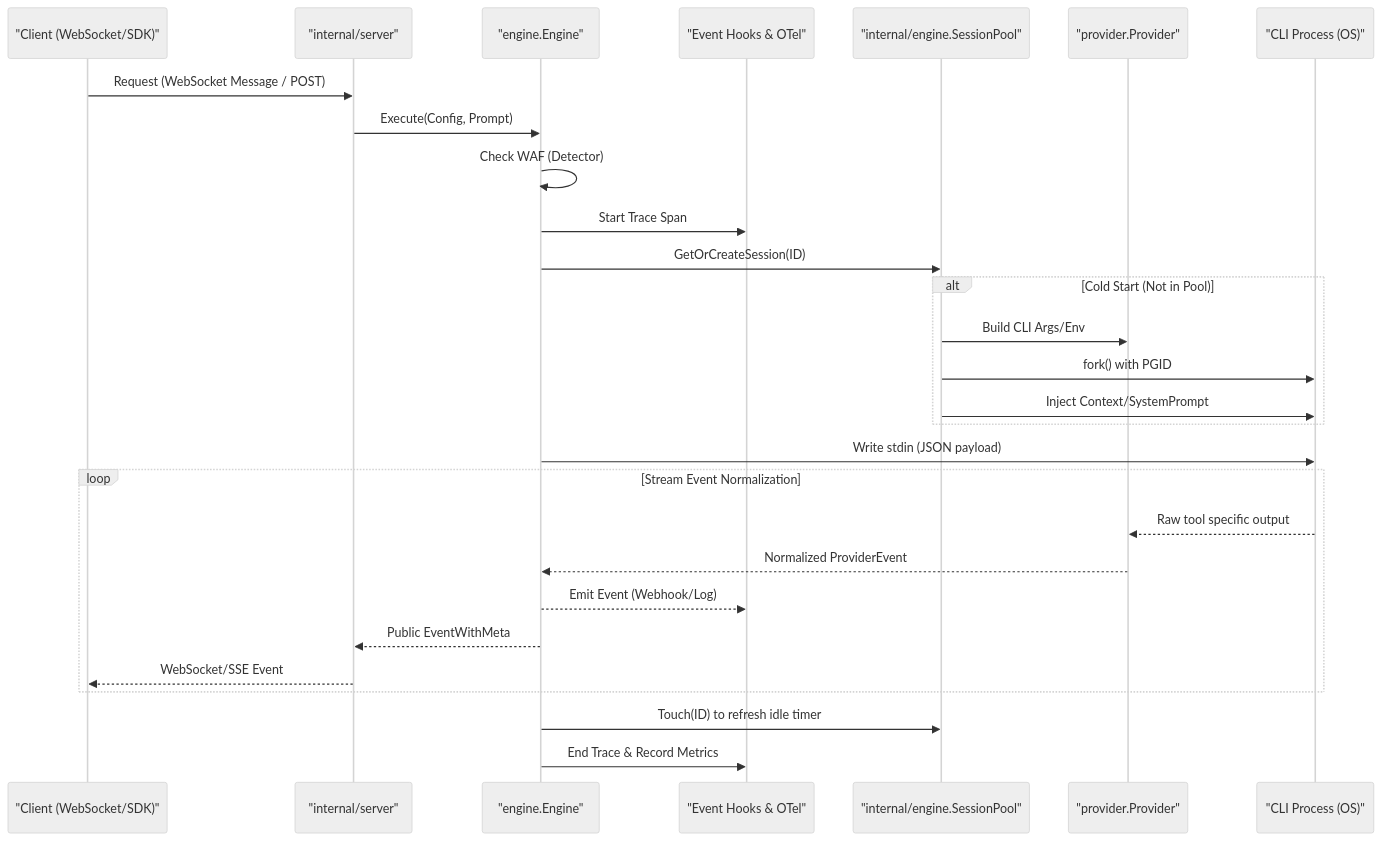
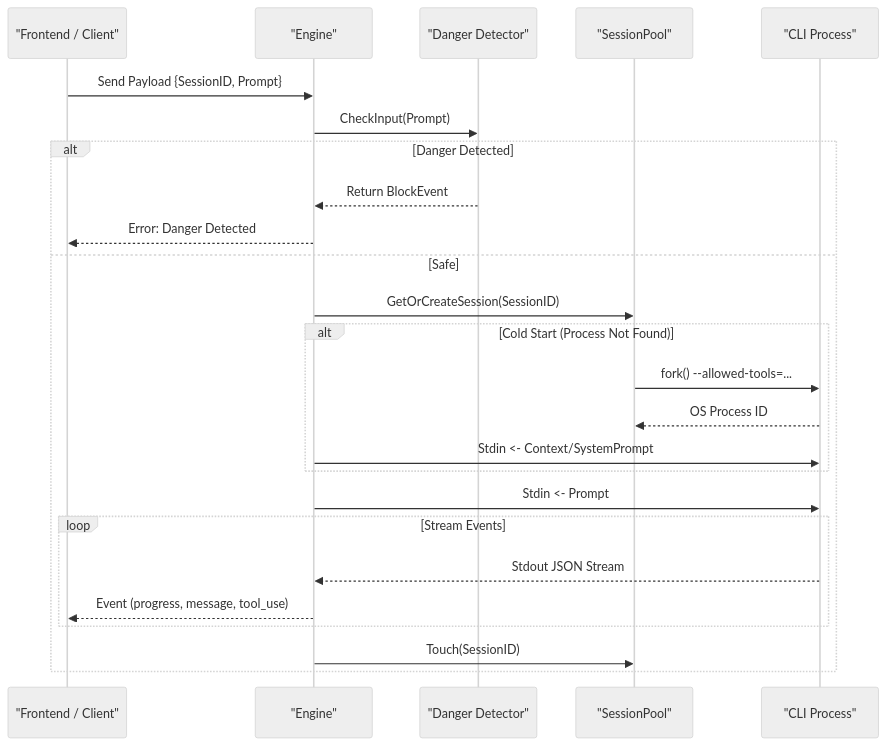
The second of 2 diagrams in docs/architecture.md (miniceM/hotplex), drawn with Mermaid (neutral theme) before and after one commit. The commit also changed other lines of this file and 16 other files, not shown here.

````diff
--- a/docs/architecture.md
+++ b/docs/architecture.md
@@ -62,35 +69,33 @@
 ```mermaid
 sequenceDiagram
-    participant Client as "Client (WebSocket/SDK)"
-    participant Server as "internal/server"
-    participant Engine as "engine.Engine"
-    participant Hooks as "Event Hooks & OTel"
-    participant Pool as "internal/engine.SessionPool"
-    participant Provider as "provider.Provider"
-    participant Proc as "CLI Process (OS)"
+    participant Web as "Frontend / Client"
+    participant Engine as "Engine"
+    participant Detector as "Danger Detector"
+    participant Pool as "SessionPool"
+    participant Proc as "CLI Process"
     
-    Client->>Server: Request (WebSocket Message / POST)
-    Server->>Engine: Execute(Config, Prompt)
-    Engine->>Engine: Check WAF (Detector)
-    Engine->>Hooks: Start Trace Span
-    Engine->>Pool: GetOrCreateSession(ID)
+    Web->>Engine: Send Payload {SessionID, Prompt}
+    Engine->>Detector: CheckInput(Prompt)
     
-    alt Cold Start (Not in Pool)
-        Pool->>Provider: Build CLI Args/Env
-        Pool->>Proc: fork() with PGID
-        Pool->>Proc: Inject Context/SystemPrompt
+    alt Danger Detected
+        Detector-->>Engine: Return BlockEvent
+        Engine-->>Web: Error: Danger Detected
+    else Safe
+        Engine->>Pool: GetOrCreateSession(SessionID)
+        
+        alt Cold Start (Process Not Found)
+            Pool->>Proc: fork() --allowed-tools=...
+            Proc-->>Pool: OS Process ID
+            Engine->>Proc: Stdin <- Context/SystemPrompt
+        end
+        
+        Engine->>Proc: Stdin <- Prompt
+        
+        loop Stream Events
+            Proc-->>Engine: Stdout JSON Stream
+            Engine-->>Web: Event (progress, message, tool_use)
+        end
+        
+        Engine->>Pool: Touch(SessionID)
     end
-    
-    Engine->>Proc: Write stdin (JSON payload)
-    
-    loop Stream Event Normalization
-        Proc-->>Provider: Raw tool specific output
-        Provider-->>Engine: Normalized ProviderEvent
-        Engine-->>Hooks: Emit Event (Webhook/Log)
-        Engine-->>Server: Public EventWithMeta
-        Server-->>Client: WebSocket/SSE Event
-    end
-    
-    Engine->>Pool: Touch(ID) to refresh idle timer
-    Engine->>Hooks: End Trace & Record Metrics
 ```
````
